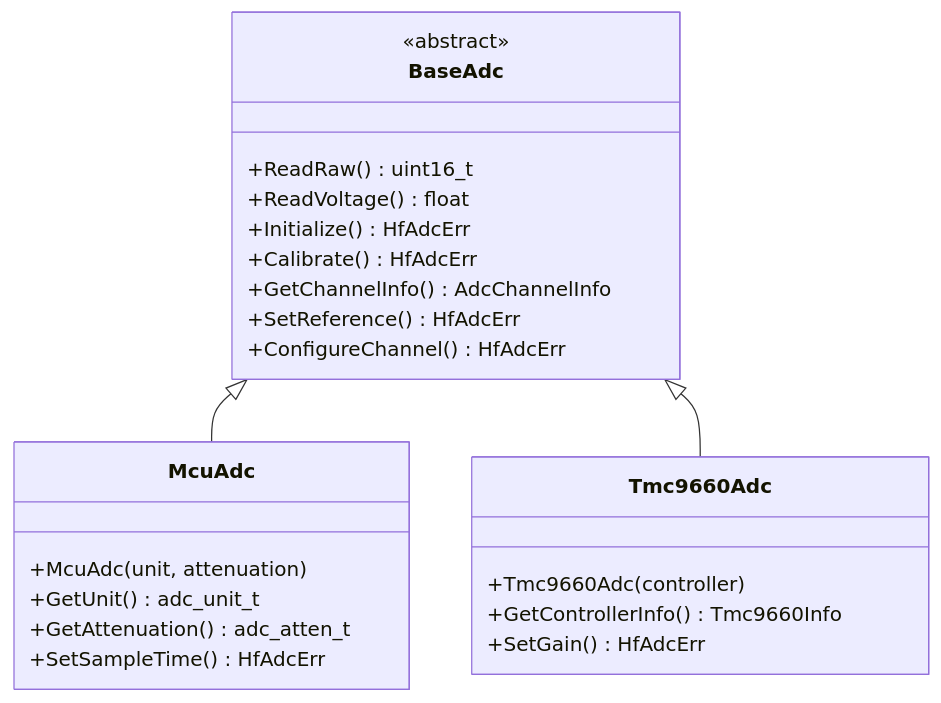
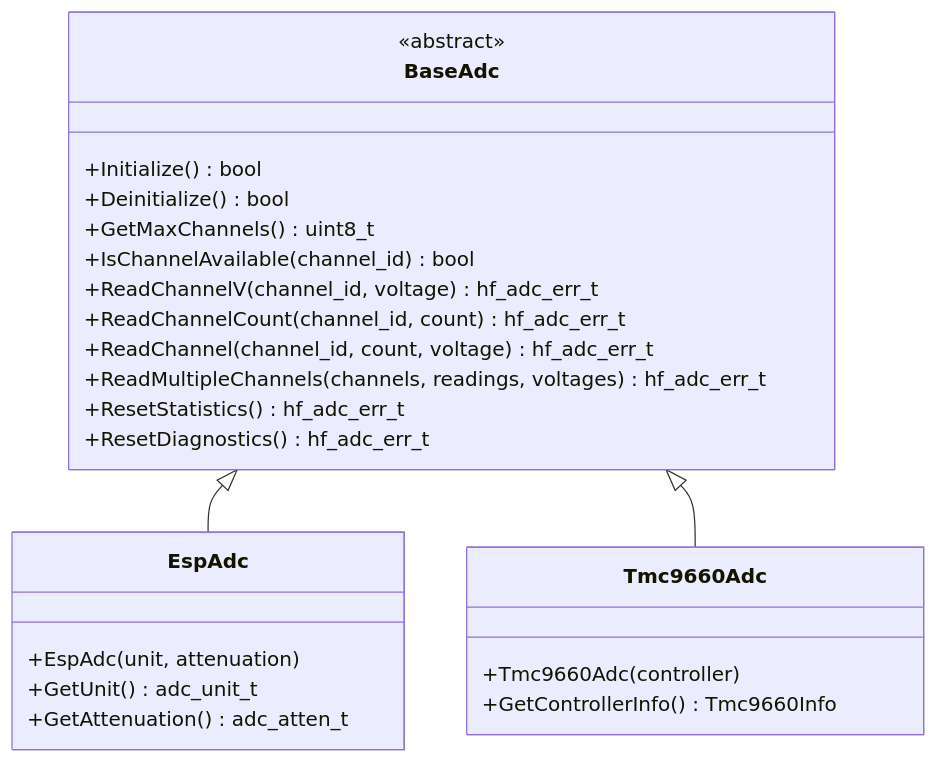
Before and after one commit to N3b3x/hf-internal-interface-wrap: the diagram in docs/api/BaseAdc.md, drawn with Mermaid. The commit also changed other lines of this file and 14 other files, not shown here.

````diff
--- a/docs/api/BaseAdc.md
+++ b/docs/api/BaseAdc.md
@@ -53,29 +52,30 @@
 ```mermaid
 classDiagram
     class BaseAdc {
         <<abstract>>
-        +ReadRaw() uint16_t
-        +ReadVoltage() float
-        +Initialize() HfAdcErr
-        +Calibrate() HfAdcErr
-        +GetChannelInfo() AdcChannelInfo
-        +SetReference() HfAdcErr
-        +ConfigureChannel() HfAdcErr
+        +Initialize() bool
+        +Deinitialize() bool
+        +GetMaxChannels() uint8_t
+        +IsChannelAvailable(channel_id) bool
+        +ReadChannelV(channel_id, voltage) hf_adc_err_t
+        +ReadChannelCount(channel_id, count) hf_adc_err_t
+        +ReadChannel(channel_id, count, voltage) hf_adc_err_t
+        +ReadMultipleChannels(channels, readings, voltages) hf_adc_err_t
+        +ResetStatistics() hf_adc_err_t
+        +ResetDiagnostics() hf_adc_err_t
     }
     
-    class McuAdc {
-        +McuAdc(unit, attenuation)
+    class EspAdc {
+        +EspAdc(unit, attenuation)
         +GetUnit() adc_unit_t
         +GetAttenuation() adc_atten_t
-        +SetSampleTime() HfAdcErr
     }
     
     class Tmc9660Adc {
         +Tmc9660Adc(controller)
         +GetControllerInfo() Tmc9660Info
-        +SetGain() HfAdcErr
     }
     
-    BaseAdc <|-- McuAdc
+    BaseAdc <|-- EspAdc
     BaseAdc <|-- Tmc9660Adc
 ```
````
